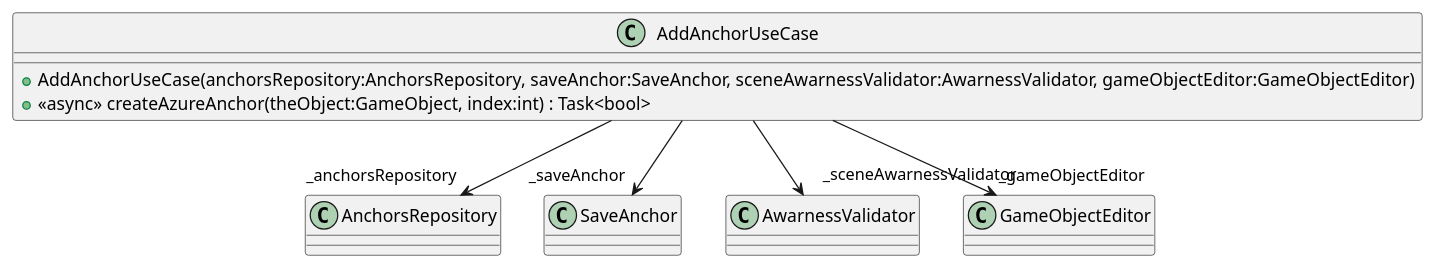
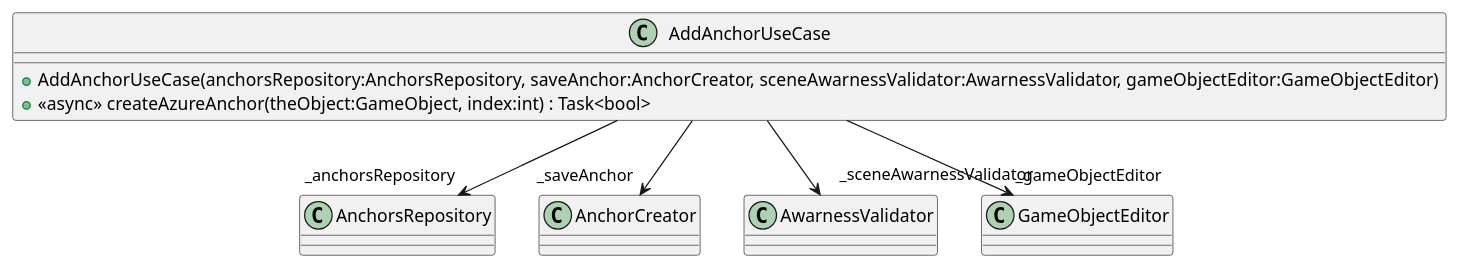
One commit to DeNatur/ProductionFloorVisualization changed the diagram in UML/Assets/Scripts/AddAnchorUseCase.puml. Above: the diagram before and after it, drawn with PlantUML. The commit also changed 14 other files, not shown here.

Commit message:
Generate UML (Generate UML)

```diff
--- a/UML/Assets/Scripts/AddAnchorUseCase.puml
+++ b/UML/Assets/Scripts/AddAnchorUseCase.puml
@@ -1,10 +1,10 @@
 @startuml
 class AddAnchorUseCase {
-    + AddAnchorUseCase(anchorsRepository:AnchorsRepository, saveAnchor:SaveAnchor, sceneAwarnessValidator:AwarnessValidator, gameObjectEditor:GameObjectEditor)
+    + AddAnchorUseCase(anchorsRepository:AnchorsRepository, saveAnchor:AnchorCreator, sceneAwarnessValidator:AwarnessValidator, gameObjectEditor:GameObjectEditor)
     + <<async>> createAzureAnchor(theObject:GameObject, index:int) : Task<bool>
 }
 AddAnchorUseCase --> "_anchorsRepository" AnchorsRepository
-AddAnchorUseCase --> "_saveAnchor" SaveAnchor
+AddAnchorUseCase --> "_saveAnchor" AnchorCreator
 AddAnchorUseCase --> "_sceneAwarnessValidator" AwarnessValidator
 AddAnchorUseCase --> "_gameObjectEditor" GameObjectEditor
 @enduml
```
